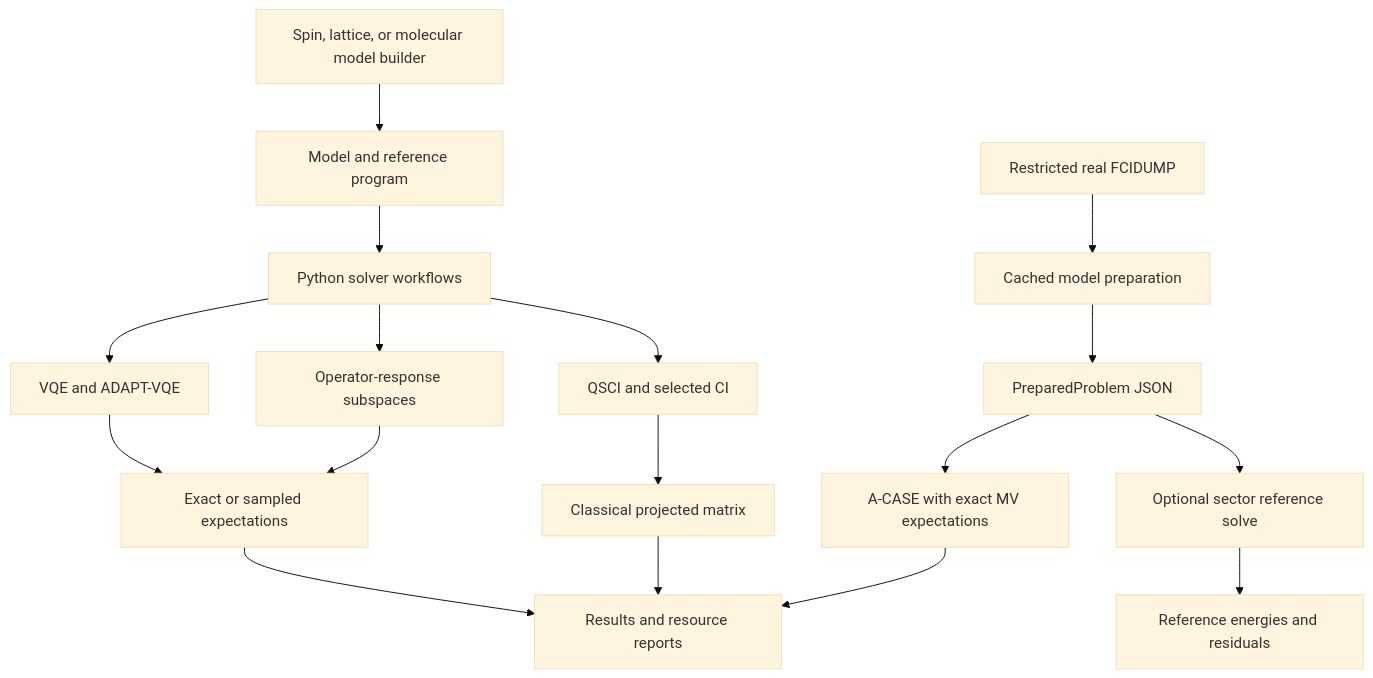
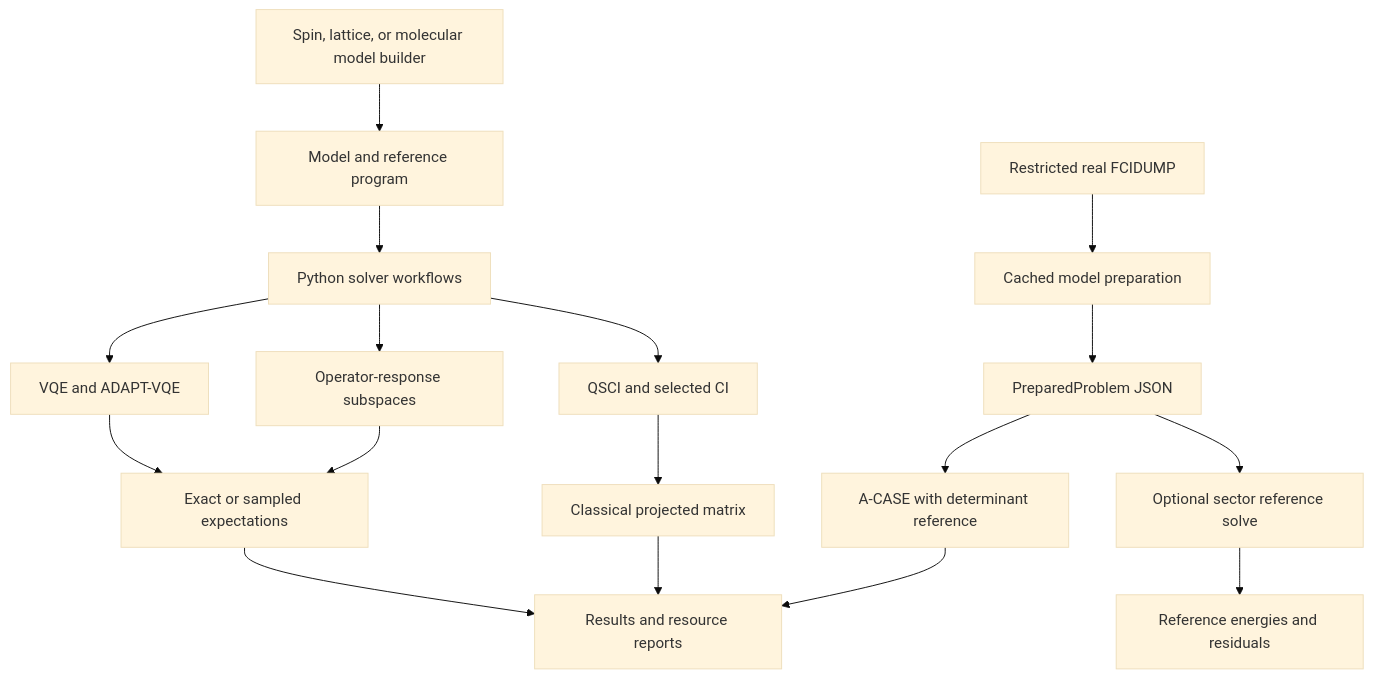
The diagram in ARCHITECTURE.md (gutama/clifford_qc), drawn with Mermaid (base theme) before and after one commit. The commit also changed other lines of this file, not shown here.

Commit message:
Update ARCHITECTURE.md for current architecture

````diff
--- a/ARCHITECTURE.md
+++ b/ARCHITECTURE.md
@@ -11,19 +11,19 @@
 ```mermaid
 flowchart TD
     INPUT["Spin, lattice, or molecular model builder"] --> MODEL["Model and reference program"]
     FCIDUMP["Restricted real FCIDUMP"] --> PREP["Cached model preparation"]
     PREP --> ARTIFACT["PreparedProblem JSON"]
-    ARTIFACT --> SOLVE["A-CASE with exact MV expectations"]
+    ARTIFACT --> SOLVE["A-CASE with determinant reference"]
     ARTIFACT --> VALIDATE["Optional sector reference solve"]
     MODEL --> PYTHON["Python solver workflows"]
     PYTHON --> VAR["VQE and ADAPT-VQE"]
     PYTHON --> SUB["Operator-response subspaces"]
     PYTHON --> DET["QSCI and selected CI"]
     VAR --> MEAS["Exact or sampled expectations"]
     SUB --> MEAS
     DET --> CLASSICAL["Classical projected matrix"]
     SOLVE --> RECORD["Results and resource reports"]
     MEAS --> RECORD
     CLASSICAL --> RECORD
     VALIDATE --> REFERENCE["Reference energies and residuals"]
 ```
````
